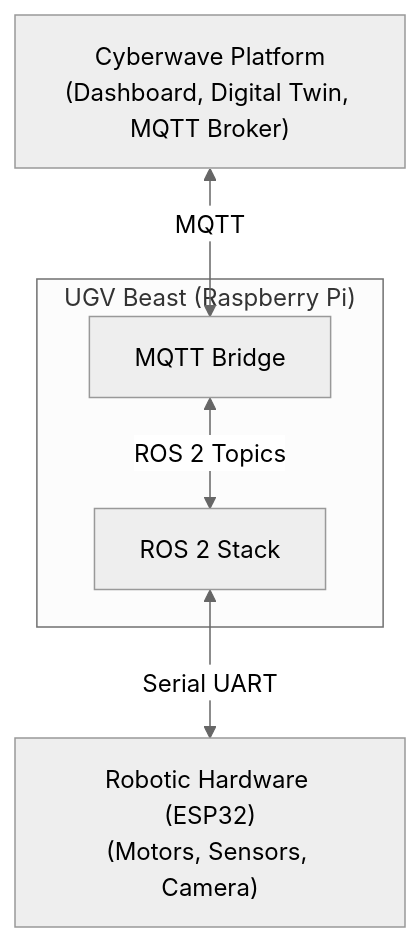
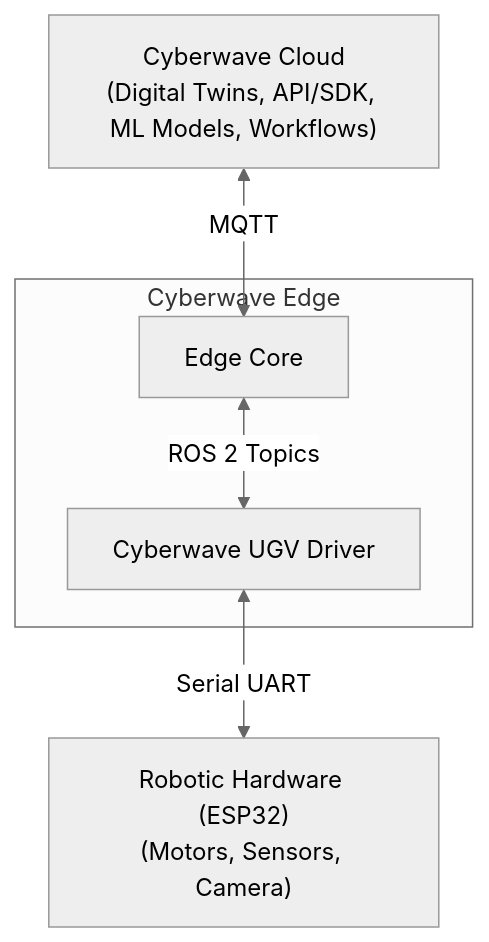
The diagram in hardware/ugv/index.mdx (cyberwave-os/docs-mintlify), drawn with Mermaid (neutral theme) before and after one commit. The commit also changed 4 other files, not shown here.

````diff
--- a/hardware/ugv/index.mdx
+++ b/hardware/ugv/index.mdx
@@ -20,13 +20,13 @@
 ```mermaid
 graph TB
-    CYB["Cyberwave Platform<br/>(Dashboard, Digital Twin, MQTT Broker)"]
+    CYB["Cyberwave Cloud<br/>(Digital Twins, API/SDK, ML Models, Workflows)"]
     CYB <-->|"MQTT"| BRIDGE
 
-    subgraph UGV["UGV Beast (Raspberry Pi)"]
-        BRIDGE["MQTT Bridge"]
-        ROS["ROS 2 Stack"]
+    subgraph UGV["Cyberwave Edge"]
+        BRIDGE["Edge Core"]
+        ROS["Cyberwave UGV Driver"]
         BRIDGE <-->|"ROS 2 Topics"| ROS
     end
 
     ROS <-->|"Serial UART"| ESP["Robotic Hardware (ESP32)<br/>(Motors, Sensors, Camera)"]
 ```
````
